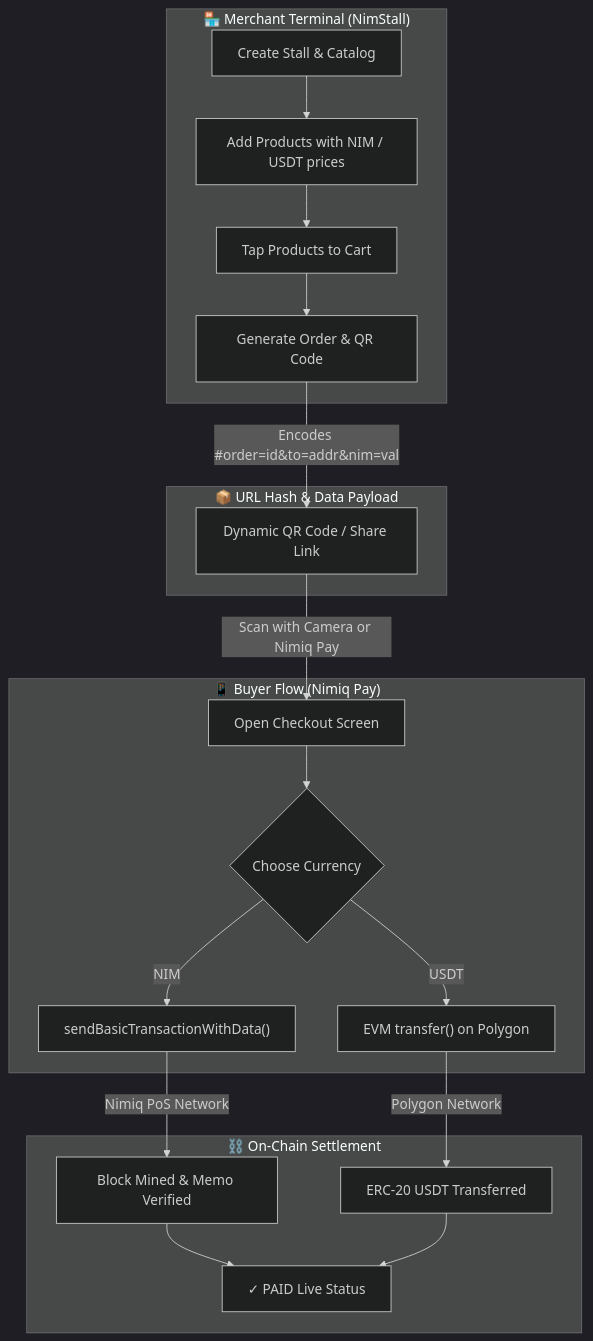
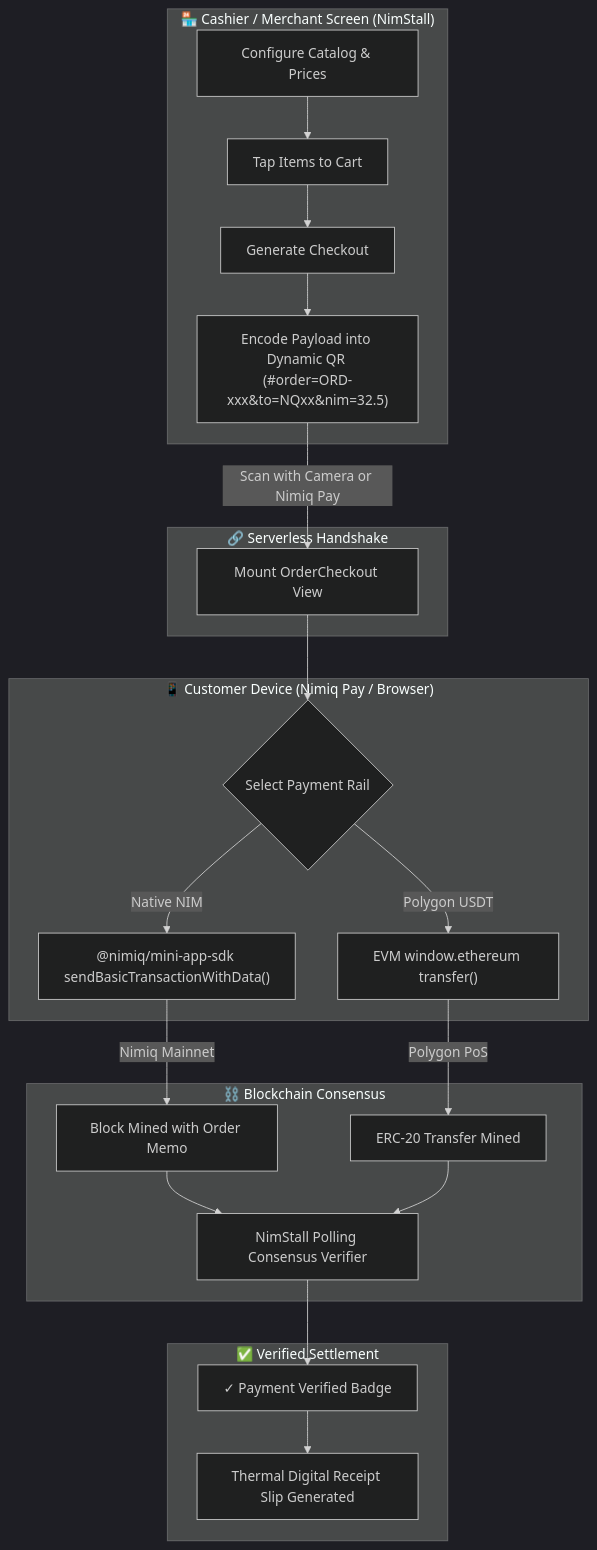
Before and after one commit to Datwebguy/nimstall: the diagram in README.md, drawn with Mermaid (dark theme). The commit also changed other lines of this file and 1 other file, not shown here.

Commit message:
docs: upgrade README with detailed system architecture, SDK integration, and zero-custody specs

````diff
--- a/README.md
+++ b/README.md
@@ -60,26 +64,30 @@
 ```mermaid
 flowchart TD
-    subgraph Merchant ["🏪 Merchant Terminal (NimStall)"]
-        A[Create Stall & Catalog] --> B[Add Products with NIM / USDT prices]
-        B --> C[Tap Products to Cart]
-        C --> D[Generate Order & QR Code]
+    subgraph POS ["🏪 Cashier / Merchant Screen (NimStall)"]
+        M1[Configure Catalog & Prices] --> M2[Tap Items to Cart]
+        M2 --> M3[Generate Checkout]
+        M3 --> M4["Encode Payload into Dynamic QR (#order=ORD-xxx&to=NQxx&nim=32.5)"]
     end
 
-    subgraph Payload ["📦 URL Hash & Data Payload"]
-        D -->|Encodes #order=id&to=addr&nim=val| E[Dynamic QR Code / Share Link]
+    subgraph Handshake ["🔗 Serverless Handshake"]
+        M4 -->|Scan with Camera or Nimiq Pay| C1
     end
 
-    subgraph Buyer ["📱 Buyer Flow (Nimiq Pay)"]
-        E -->|Scan with Camera or Nimiq Pay| F[Open Checkout Screen]
-        F --> G{Choose Currency}
-        G -->|NIM| H["sendBasicTransactionWithData()"]
-        G -->|USDT| I["EVM transfer() on Polygon"]
+    subgraph Buyer ["📱 Customer Device (Nimiq Pay / Browser)"]
+        C1[Mount OrderCheckout View] --> C2{Select Payment Rail}
+        C2 -->|Native NIM| C3["@nimiq/mini-app-sdk sendBasicTransactionWithData()"]
+        C2 -->|Polygon USDT| C4["EVM window.ethereum transfer()"]
     end
 
-    subgraph Settlement ["⛓️ On-Chain Settlement"]
-        H -->|Nimiq PoS Network| J[Block Mined & Memo Verified]
-        I -->|Polygon Network| K[ERC-20 USDT Transferred]
-        J --> L[✓ PAID Live Status]
-        K --> L
+    subgraph Consensus ["⛓️ Blockchain Consensus"]
+        C3 -->|Nimiq Mainnet| N1[Block Mined with Order Memo]
+        C4 -->|Polygon PoS| N2[ERC-20 Transfer Mined]
+        N1 --> V1[NimStall Polling Consensus Verifier]
+        N2 --> V1
+    end
+
+    subgraph Complete ["✅ Verified Settlement"]
+        V1 --> S1[✓ Payment Verified Badge]
+        S1 --> S2[Thermal Digital Receipt Slip Generated]
     end
 ```
````
